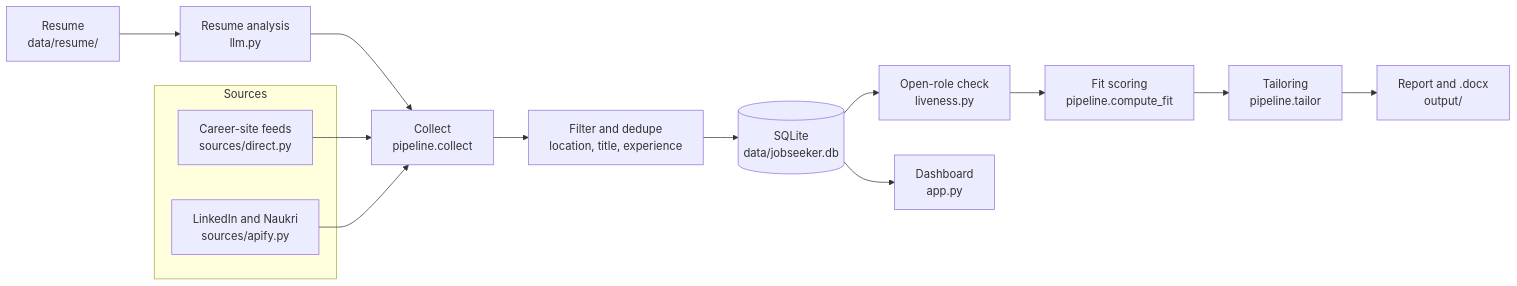
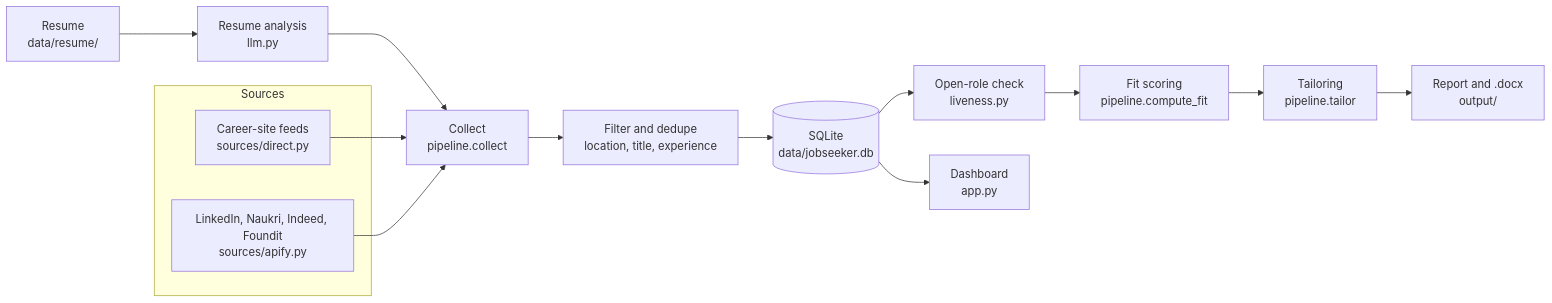
The diagram in README.md (adityakapoor006/JobSeeker), drawn with Mermaid before and after one commit. The commit also changed other lines of this file and 7 other files, not shown here.

First line of the commit message:
Add Indeed and Foundit, one-run lock, and scheduler switch

````diff
--- a/README.md
+++ b/README.md
@@ -22,18 +22,18 @@
 ```mermaid
 flowchart LR
     R[Resume<br/>data/resume/] --> A[Resume analysis<br/>llm.py]
     A --> C[Collect<br/>pipeline.collect]
     subgraph Sources
       D[Career-site feeds<br/>sources/direct.py]
-      B[LinkedIn and Naukri<br/>sources/apify.py]
+      B[LinkedIn, Naukri, Indeed, Foundit<br/>sources/apify.py]
     end
     D --> C
     B --> C
     C --> F[Filter and dedupe<br/>location, title, experience]
     F --> S[(SQLite<br/>data/jobseeker.db)]
     S --> L[Open-role check<br/>liveness.py]
     L --> SC[Fit scoring<br/>pipeline.compute_fit]
     SC --> T[Tailoring<br/>pipeline.tailor]
     T --> O[Report and .docx<br/>output/]
     S --> UI[Dashboard<br/>app.py]
 ```
````
